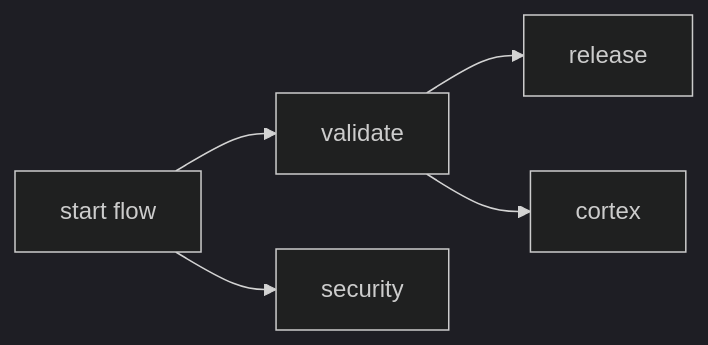
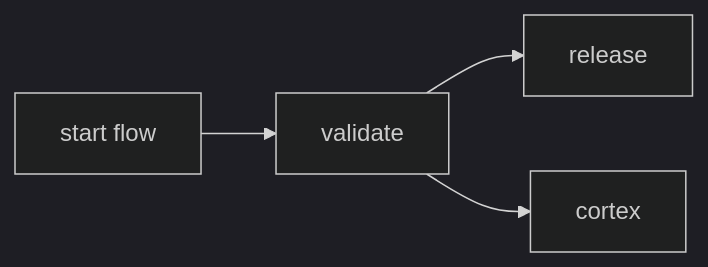
One commit to JupiterOne/.github changed the first of 2 diagrams in .github/workflows/docs/frontend/frontend_npm_release.md. Above: the diagram before and after it, drawn with Mermaid (dark theme). The commit also changed other lines of this file and 24 other files, not shown here.

````diff
--- a/.github/workflows/docs/frontend/frontend_npm_release.md
+++ b/.github/workflows/docs/frontend/frontend_npm_release.md
@@ -43,13 +43,11 @@
 ```mermaid
 graph LR;
     A[start flow];
     B[validate];
     C[release];
     D[cortex];
-    E[security];
 
     A --> B;
     B --> C;
     B --> D;
-    A --> E;
 ```
````
